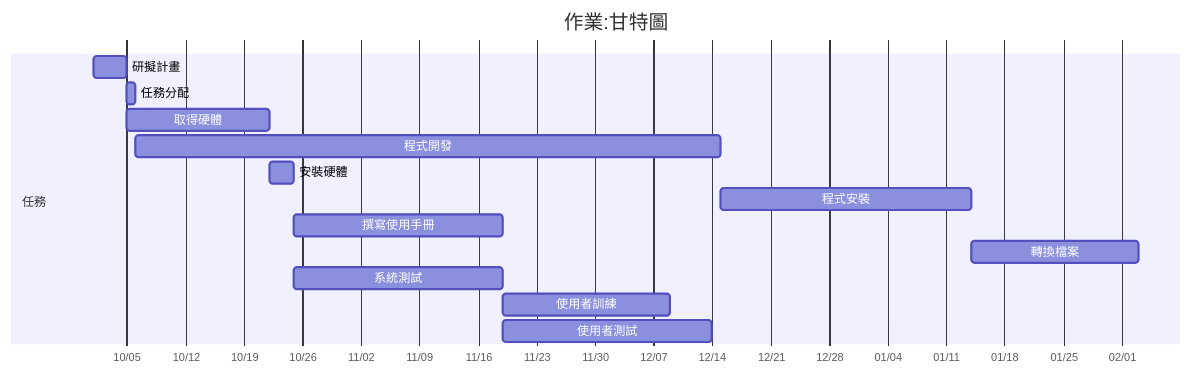
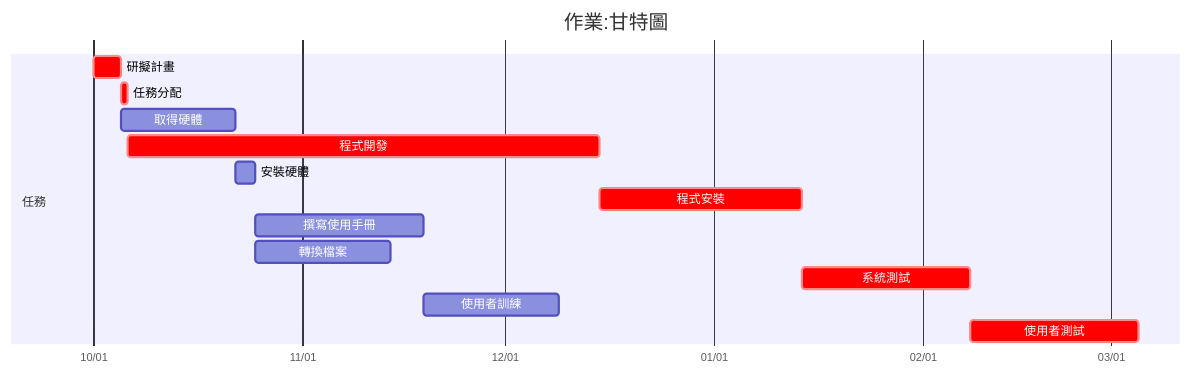
The second of 2 diagrams in hw2.md (C112118249/114-b), drawn with Mermaid before and after one commit. The commit also changed other lines of this file, not shown here.

````diff
--- a/hw2.md
+++ b/hw2.md
@@ -25,22 +25,22 @@
 ```mermaid
 
 
 gantt
 title 作業:甘特圖
 dateformat YYYY-MM-DD
 axisFormat %m/%d
 
 section 任務
-研擬計畫 :a1, 2025-10-01, 4d
-任務分配 :a2, after a1, 1d
+研擬計畫 :crit,a1, 2025-10-01, 4d
+任務分配 :crit,a2, after a1, 1d
 取得硬體 :a3, after a1, 17d
-程式開發 :a4, after a2, 70d
+程式開發 :crit,a4, after a2, 70d
 安裝硬體 :a5, after a3, 3d
-程式安裝 :a6, after a4, 30d
+程式安裝 :crit,a6, after a4, 30d
 撰寫使用手冊 :a7, after a5, 25d
-轉換檔案 :a8, after a6, 20d
-系統測試 :a9, after a5, 25d
+轉換檔案 :a8, after a5, 20d
+系統測試 :crit,a9, after a6, 25d
 使用者訓練 :a10, after a7, 20d
-使用者測試 :a11, after a9, 25d
+使用者測試 :crit,a11, after a9, 25d
 
 ``` 
````
